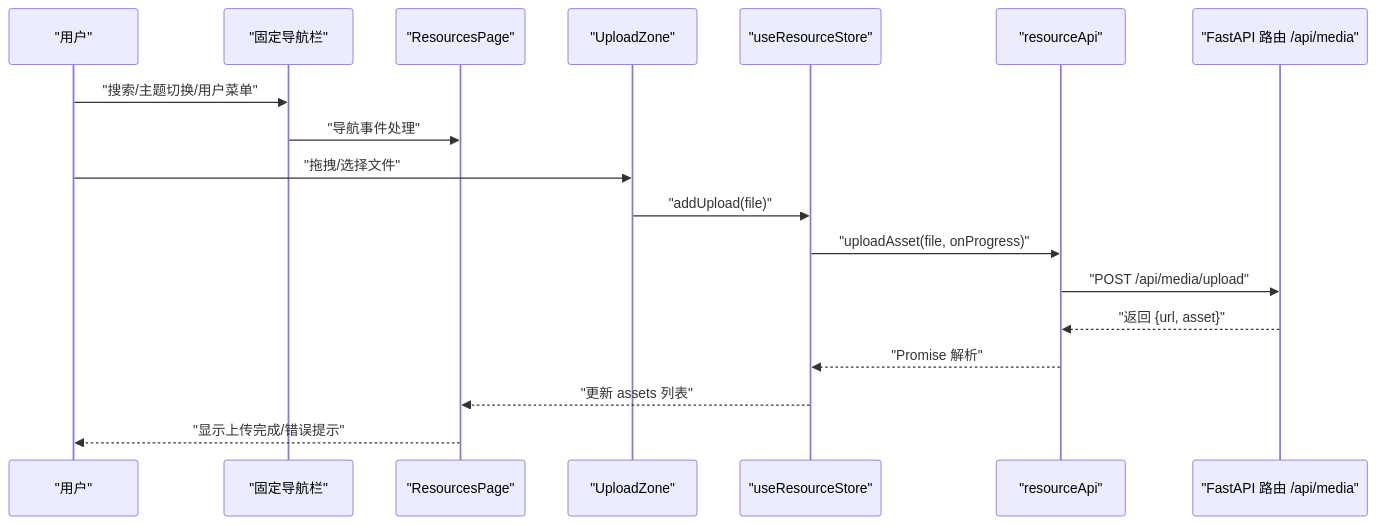
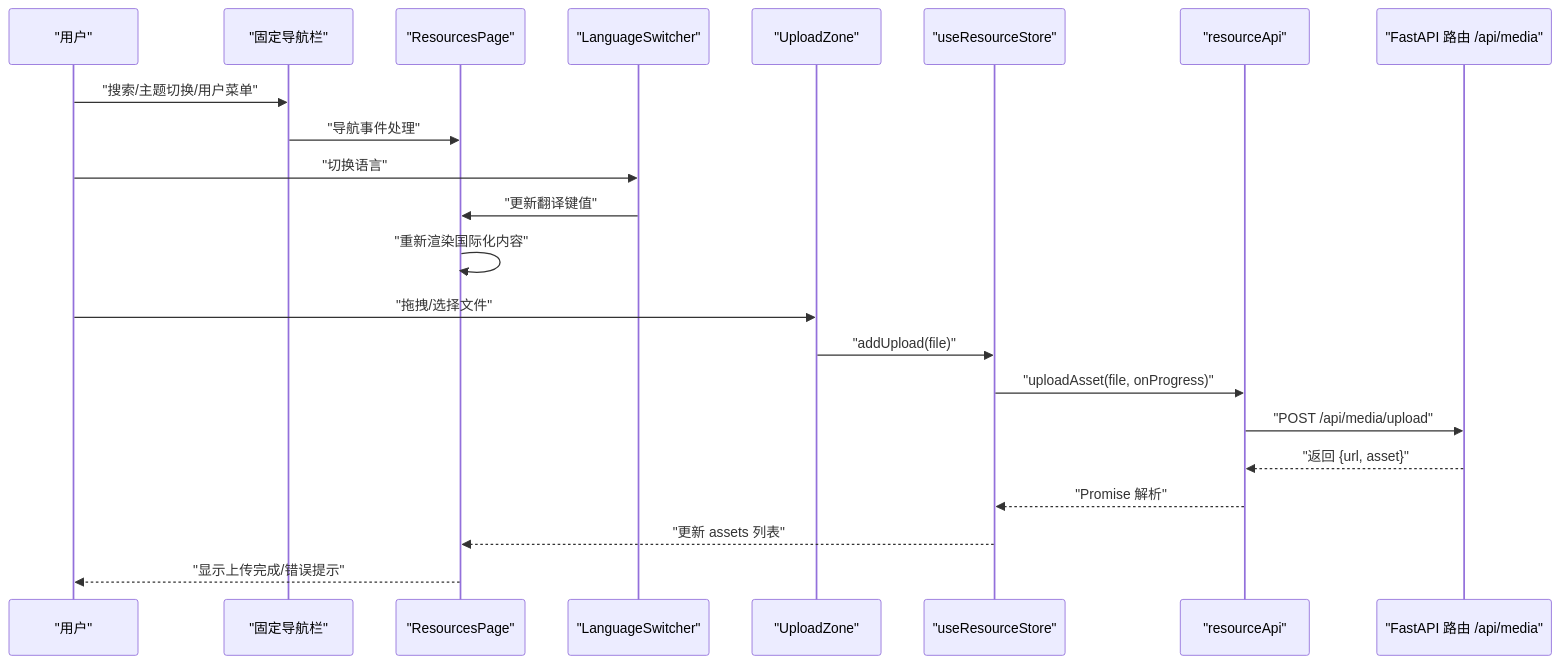
One commit to KunLabAI/KunFlix changed the second of 13 diagrams in .qoder/repowiki/zh/content/系统架构/前端架构/组件架构/资源管理组件.md. Above: the diagram before and after it, drawn with Mermaid. The commit also changed other lines of this file and 78 other files, not shown here.

````diff
--- a/.qoder/repowiki/zh/content/系统架构/前端架构/组件架构/资源管理组件.md
+++ b/.qoder/repowiki/zh/content/系统架构/前端架构/组件架构/资源管理组件.md
@@ -146,20 +172,24 @@
 ```mermaid
 sequenceDiagram
 participant U as "用户"
 participant N as "固定导航栏"
 participant P as "ResourcesPage"
+participant L as "LanguageSwitcher"
 participant Z as "UploadZone"
 participant S as "useResourceStore"
 participant A as "resourceApi"
 participant R as "FastAPI 路由 /api/media"
 U->>N : "搜索/主题切换/用户菜单"
 N->>P : "导航事件处理"
+U->>L : "切换语言"
+L->>P : "更新翻译键值"
+P->>P : "重新渲染国际化内容"
 U->>Z : "拖拽/选择文件"
 Z->>S : "addUpload(file)"
 S->>A : "uploadAsset(file, onProgress)"
 A->>R : "POST /api/media/upload"
 R-->>A : "返回 {url, asset}"
 A-->>S : "Promise 解析"
 S-->>P : "更新 assets 列表"
 P-->>U : "显示上传完成/错误提示"
 ```
````
